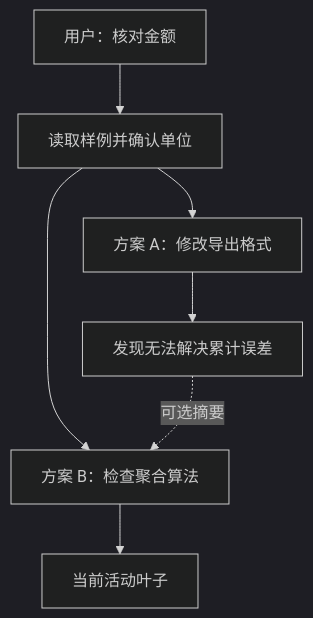
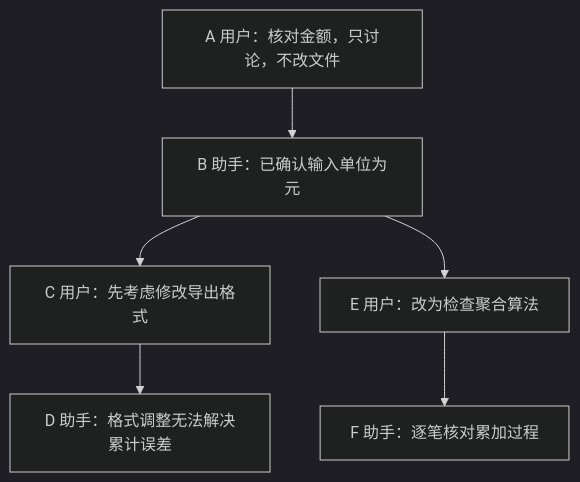
Before and after one commit to Dante-dan/pi-agent-book: the first of 2 diagrams in book/04-memory.md, drawn with Mermaid (dark theme). The commit also changed other lines of this file and 12 other files, not shown here.

````diff
--- a/book/04-memory.md
+++ b/book/04-memory.md
@@ -49,9 +59,8 @@
 ```mermaid
 flowchart TD
-    A[用户：核对金额] --> B[读取样例并确认单位]
-    B --> C[方案 A：修改导出格式]
-    C --> D[发现无法解决累计误差]
-    B --> E[方案 B：检查聚合算法]
-    E --> F[当前活动叶子]
-    D -.可选摘要.-> E
+    A["A 用户：核对金额，只讨论，不改文件"] --> B["B 助手：已确认输入单位为元"]
+    B --> C["C 用户：先考虑修改导出格式"]
+    C --> D["D 助手：格式调整无法解决累计误差"]
+    B --> E["E 用户：改为检查聚合算法"]
+    E --> F["F 助手：逐笔核对累加过程"]
 ```
````
